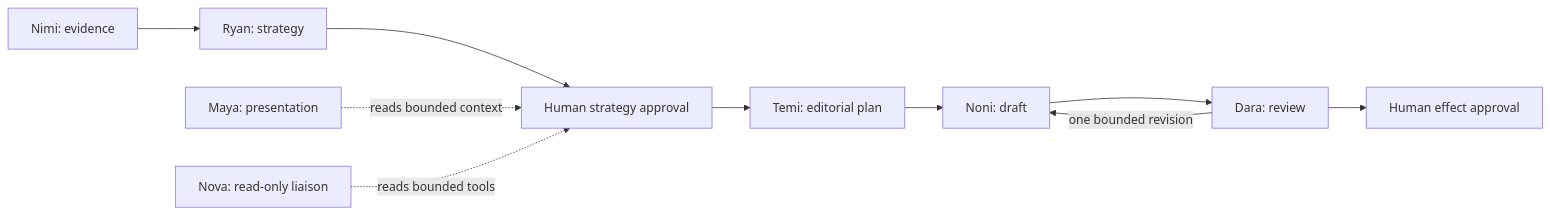
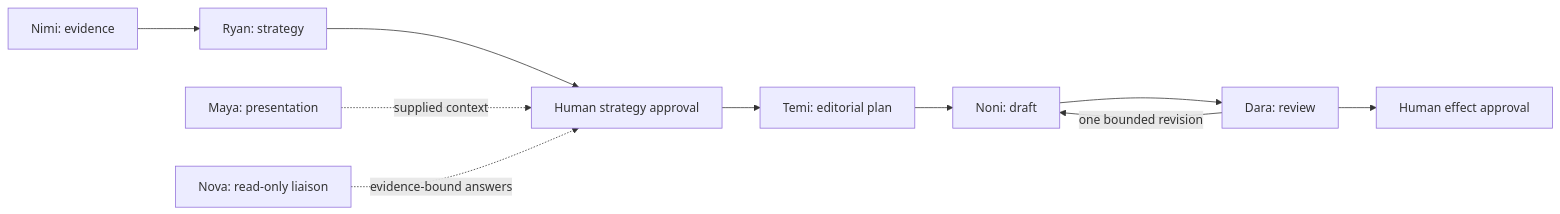
Before and after one commit to danielAsaboro/harmonia-agents-for-humans: the diagram in docs/agents/overview.mdx, drawn with Mermaid. The commit also changed other lines of this file and 616 other files, not shown here.

````diff
--- a/docs/agents/overview.mdx
+++ b/docs/agents/overview.mdx
@@ -14,12 +20,12 @@
 ```mermaid
 flowchart LR
   NIMI[Nimi: evidence] --> RYAN[Ryan: strategy]
   RYAN --> GATE[Human strategy approval]
   GATE --> TEMI[Temi: editorial plan]
   TEMI --> NONI[Noni: draft]
   NONI --> DARA[Dara: review]
   DARA -->|one bounded revision| NONI
   DARA --> FINAL[Human effect approval]
-  MAYA[Maya: presentation] -. reads bounded context .-> GATE
-  NOVA[Nova: read-only liaison] -. reads bounded tools .-> GATE
+  MAYA[Maya: presentation] -. supplied context .-> GATE
+  NOVA[Nova: read-only liaison] -. evidence-bound answers .-> GATE
 ```
````
